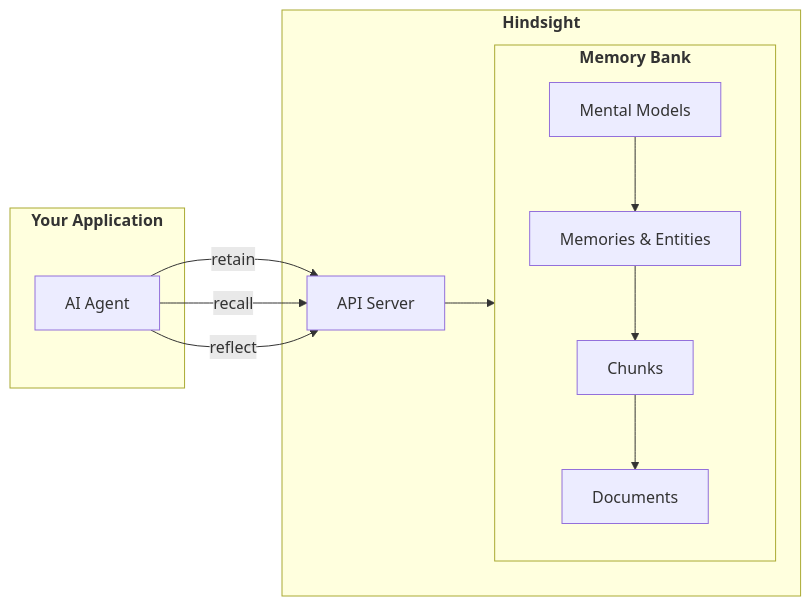
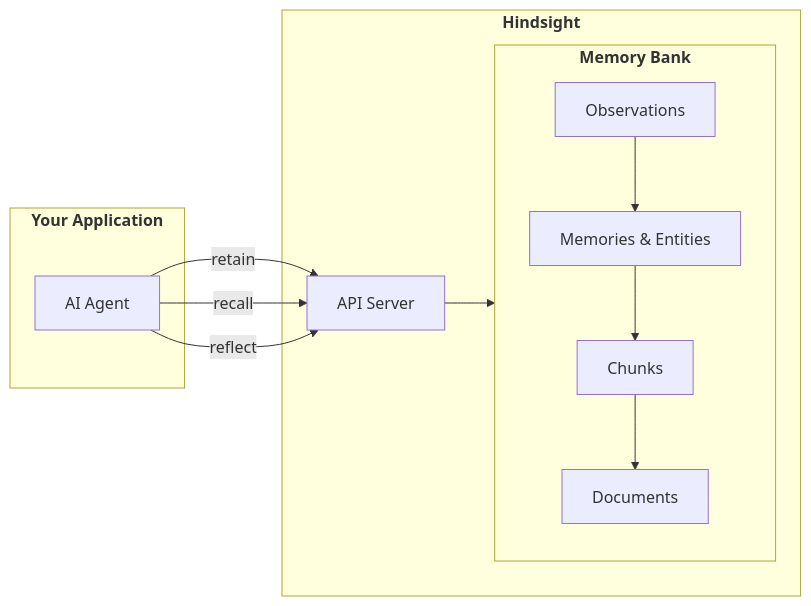
Before and after one commit to karljsamuel/hindsight: the first of 2 diagrams in hindsight-docs/docs/developer/index.md, drawn with Mermaid. The commit also changed other lines of this file and 82 other files, not shown here.

````diff
--- a/hindsight-docs/docs/developer/index.md
+++ b/hindsight-docs/docs/developer/index.md
@@ -23,26 +23,26 @@
 ```mermaid
 graph LR
     subgraph app["<b>Your Application</b>"]
         Agent[AI Agent]
     end
 
     subgraph hindsight["<b>Hindsight</b>"]
         API[API Server]
 
         subgraph bank["<b>Memory Bank</b>"]
             direction TB
-            MentalModels[Mental Models]
+            Observations[Observations]
             MemEnt[Memories & Entities]
             Chunks[Chunks]
             Documents[Documents]
 
-            MentalModels --> MemEnt --> Chunks --> Documents
+            Observations --> MemEnt --> Chunks --> Documents
         end
     end
 
     Agent -->|retain| API
     Agent -->|recall| API
     Agent -->|reflect| API
 
     API --> bank
 ```
````
